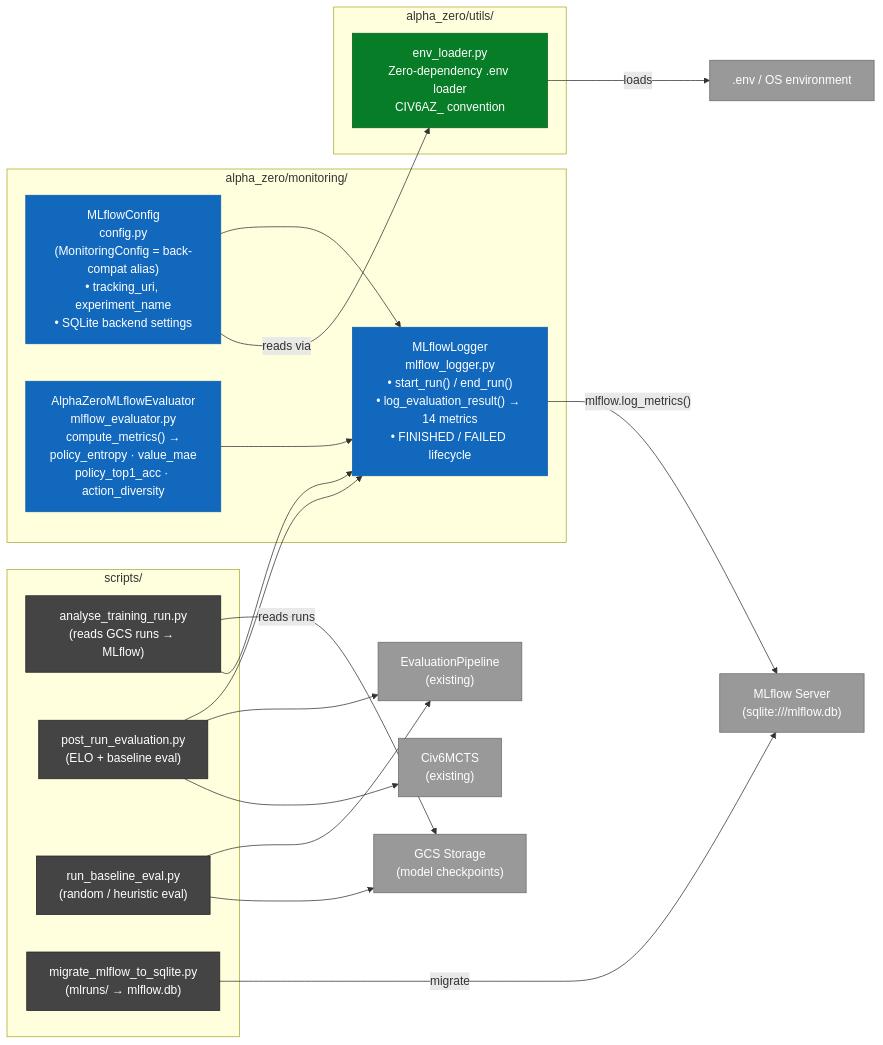
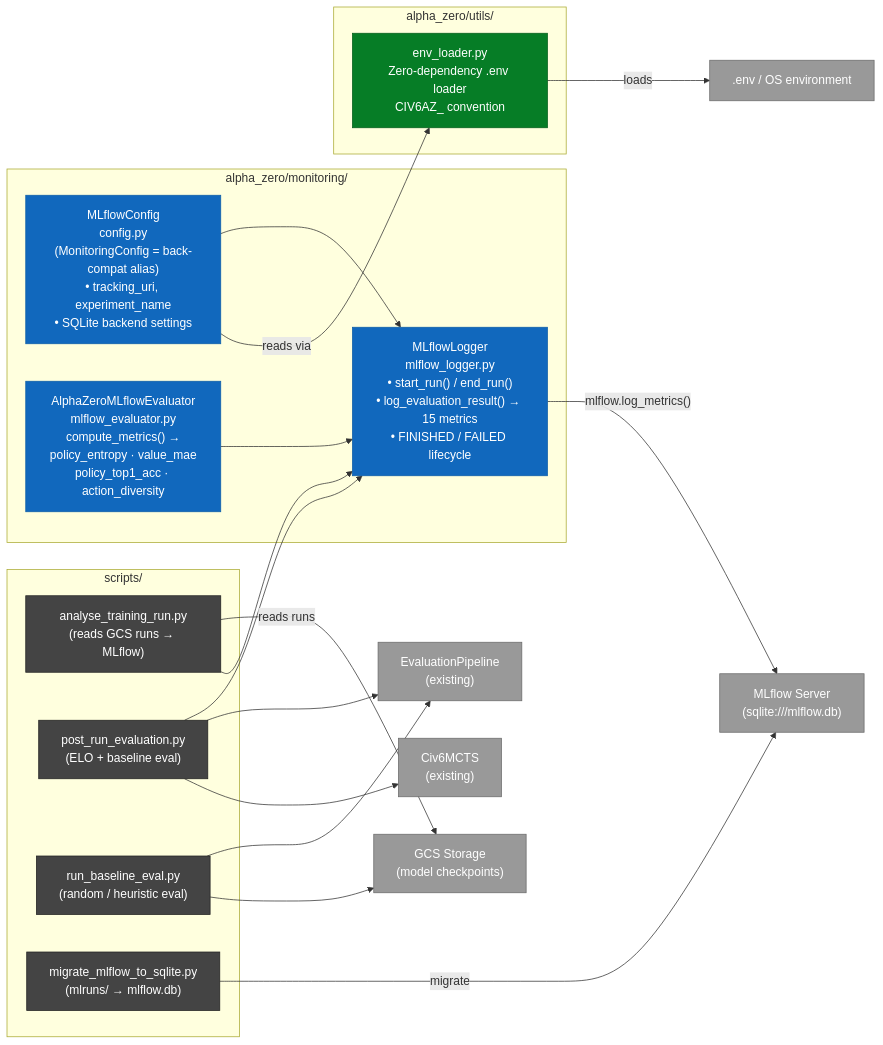
Before and after one commit to Mango-Metrics-NLM/Civ6-AlphaZero: the third of 8 diagrams in docs/architecture/C4_ARCHITECTURE.md, drawn with Mermaid. The commit also changed other lines of this file and 56 other files, not shown here.

````diff
--- a/docs/architecture/C4_ARCHITECTURE.md
+++ b/docs/architecture/C4_ARCHITECTURE.md
@@ -139,46 +139,46 @@
 ```mermaid
 flowchart LR
     classDef comp fill:#1168BD,color:#fff,stroke:#0E5EA8
     classDef script fill:#444,color:#fff,stroke:#222
     classDef ext fill:#999,color:#fff,stroke:#6B6B6B
     classDef util fill:#067D26,color:#fff,stroke:#055E1C
 
     subgraph Monitoring["alpha_zero/monitoring/"]
-        MLflowLogger["MLflowLogger\nmlflow_logger.py\n• start_run() / end_run()\n• log_evaluation_result() → 14 metrics\n• FINISHED / FAILED lifecycle"]:::comp
+        MLflowLogger["MLflowLogger\nmlflow_logger.py\n• start_run() / end_run()\n• log_evaluation_result() → 15 metrics\n• FINISHED / FAILED lifecycle"]:::comp
         MLflowConfig["MLflowConfig\nconfig.py\n(MonitoringConfig = back-compat alias)\n• tracking_uri, experiment_name\n• SQLite backend settings"]:::comp
         AZEvaluator["AlphaZeroMLflowEvaluator\nmlflow_evaluator.py\ncompute_metrics() →\npolicy_entropy · value_mae\npolicy_top1_acc · action_diversity"]:::comp
     end
 
     subgraph Scripts["scripts/"]
         AnalyseScript["analyse_training_run.py\n(reads GCS runs → MLflow)"]:::script
         PostRunScript["post_run_evaluation.py\n(ELO + baseline eval)"]:::script
         BaselineScript["run_baseline_eval.py\n(random / heuristic eval)"]:::script
         MigrateScript["migrate_mlflow_to_sqlite.py\n(mlruns/ → mlflow.db)"]:::script
     end
 
     subgraph Utils["alpha_zero/utils/"]
         EnvLoader["env_loader.py\nZero-dependency .env loader\nCIV6AZ_ convention"]:::util
     end
 
     EvalPipeline["EvaluationPipeline\n(existing)"]:::ext
     Civ6MCTS["Civ6MCTS\n(existing)"]:::ext
     MLflowServer["MLflow Server\n(sqlite:///mlflow.db)"]:::ext
     GCSStorage["GCS Storage\n(model checkpoints)"]:::ext
     DotEnvFile[".env / OS environment"]:::ext
 
     MLflowConfig --> MLflowLogger
     AZEvaluator --> MLflowLogger
     MLflowLogger -->|"mlflow.log_metrics()"| MLflowServer
 
     AnalyseScript -->|"reads runs"| GCSStorage
     AnalyseScript --> MLflowLogger
     PostRunScript --> MLflowLogger
     PostRunScript --> EvalPipeline
     PostRunScript --> Civ6MCTS
     BaselineScript --> EvalPipeline
     BaselineScript --> GCSStorage
     MigrateScript -->|"migrate"| MLflowServer
 
     EnvLoader -->|"loads"| DotEnvFile
     MLflowConfig -->|"reads via"| EnvLoader
 ```
````
